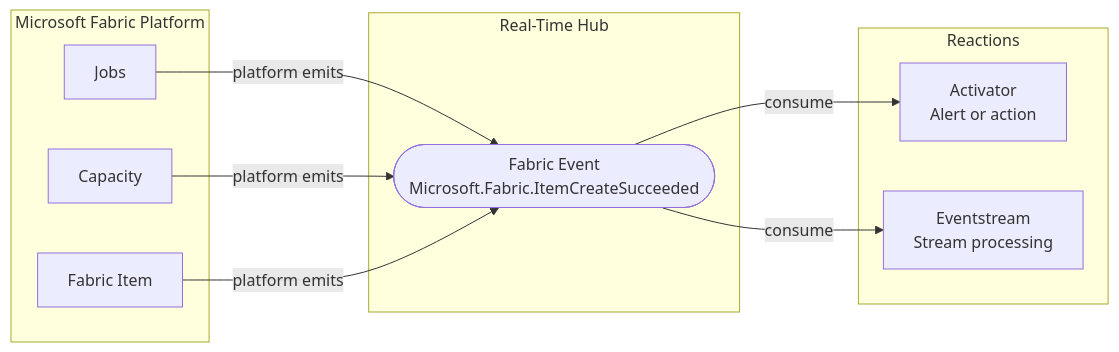
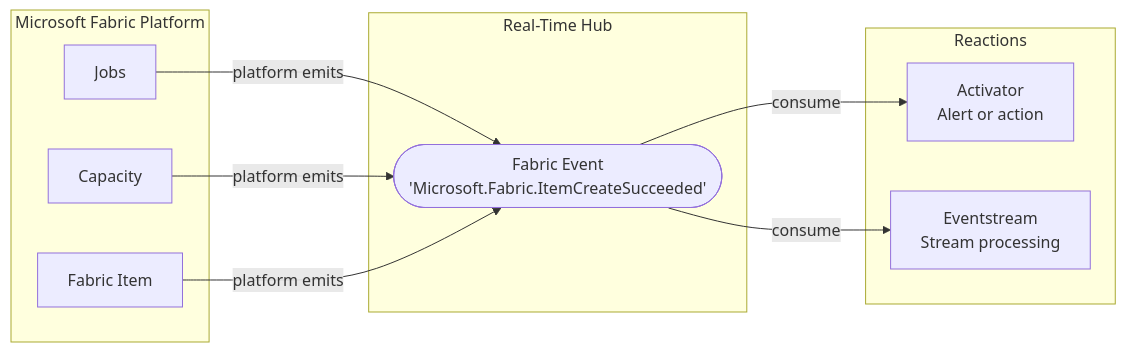
Before and after one commit to microsoft/fabric-events: the second of 3 diagrams in docs/business-events/design-guides/event-driven-architectures.md, drawn with Mermaid. The commit also changed other lines of this file and 9 other files, not shown here.

First line of the commit message:
Standardize Business Event diagram nodes across all articles

````diff
--- a/docs/business-events/design-guides/event-driven-architectures.md
+++ b/docs/business-events/design-guides/event-driven-architectures.md
@@ -43,23 +43,23 @@
 ```mermaid
 flowchart LR
     subgraph Microsoft Fabric Platform
         JOB[Jobs]
         CAP[Capacity]
         ITEM[Fabric Item]
     end
 
     subgraph RTH[Real-Time Hub]
-        FE([Fabric Event\nMicrosoft.Fabric.ItemCreateSucceeded])
+        FE([Fabric Event\n'Microsoft.Fabric.ItemCreateSucceeded'])
     end
 
     subgraph Reactions
         ACT[Activator\nAlert or action]
         ES[Eventstream\nStream processing]
     end
 
     JOB -->|platform emits| FE
     CAP -->|platform emits| FE
     ITEM -->|platform emits| FE
     FE -->|consume| ACT
     FE -->|consume| ES
 ```
````
